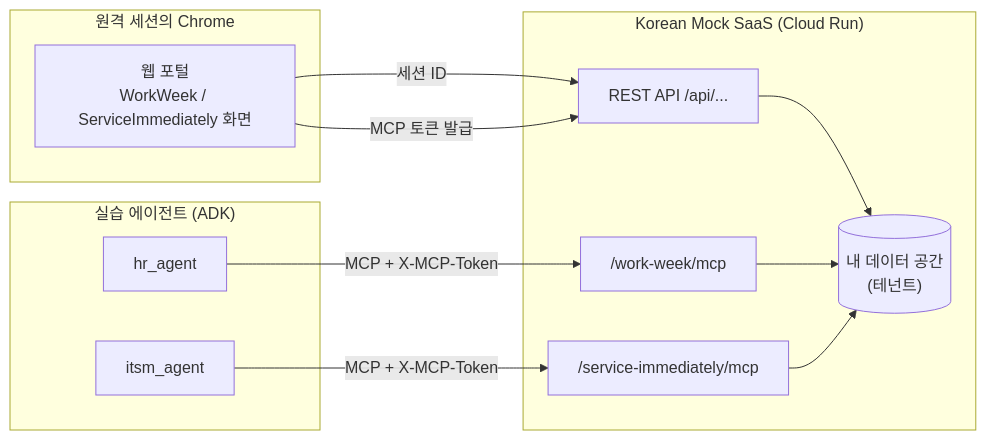
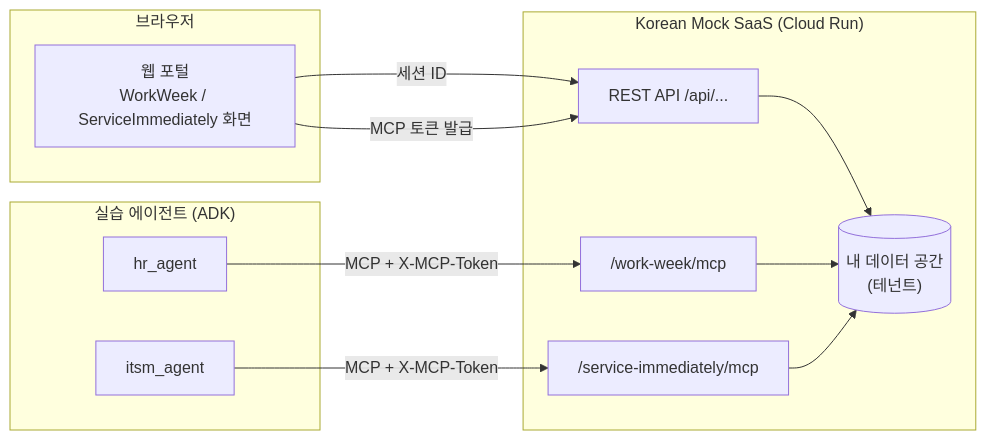
One commit to hajekim/build-with-gemini changed the diagram in docs/MOCK_SAAS.md. Above: the diagram before and after it, drawn with Mermaid. The commit also changed other lines of this file and 5 other files, not shown here.

````diff
--- a/docs/MOCK_SAAS.md
+++ b/docs/MOCK_SAAS.md
@@ -21,23 +21,23 @@
 ```mermaid
 flowchart LR
-  subgraph Browser["원격 세션의 Chrome"]
+  subgraph Browser["브라우저"]
     UI["웹 포털<br/>WorkWeek / ServiceImmediately 화면"]
   end
   subgraph Agent["실습 에이전트 (ADK)"]
     HR["hr_agent"]
     IT["itsm_agent"]
   end
   subgraph SaaS["Korean Mock SaaS (Cloud Run)"]
     WW["/work-week/mcp"]
     SI["/service-immediately/mcp"]
     API["REST API /api/..."]
     T1[("내 데이터 공간<br/>(테넌트)")]
   end
   UI -- "세션 ID" --> API
   UI -- "MCP 토큰 발급" --> API
   HR -- "MCP + X-MCP-Token" --> WW
   IT -- "MCP + X-MCP-Token" --> SI
   API --> T1
   WW --> T1
   SI --> T1
 ```
````
